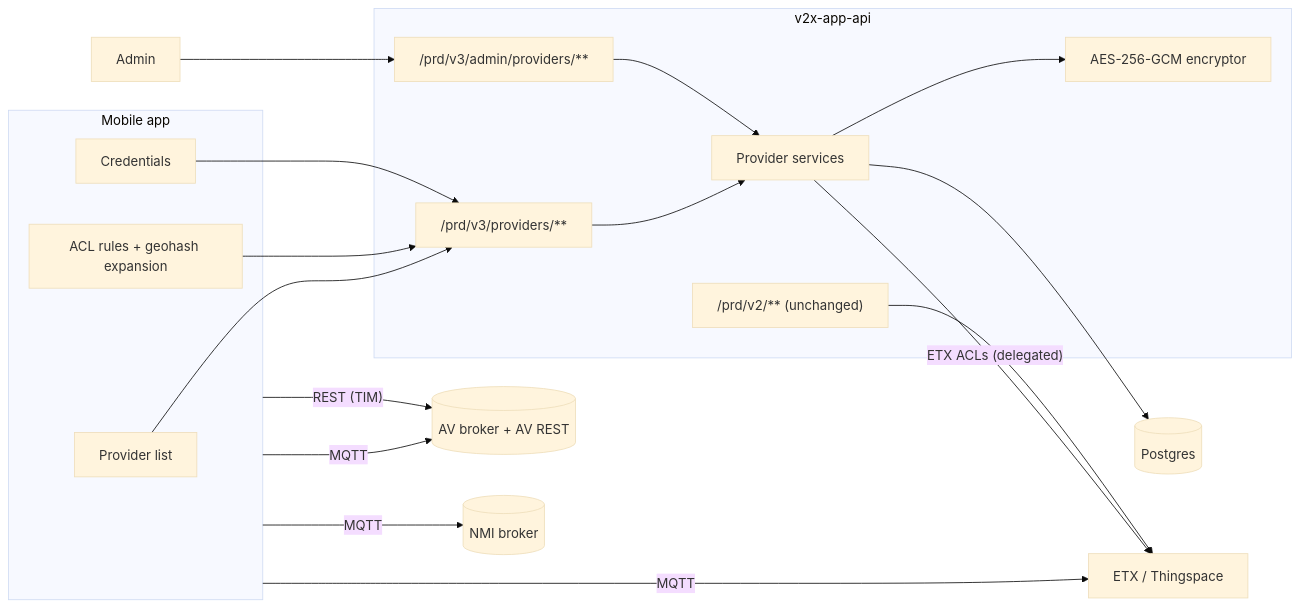
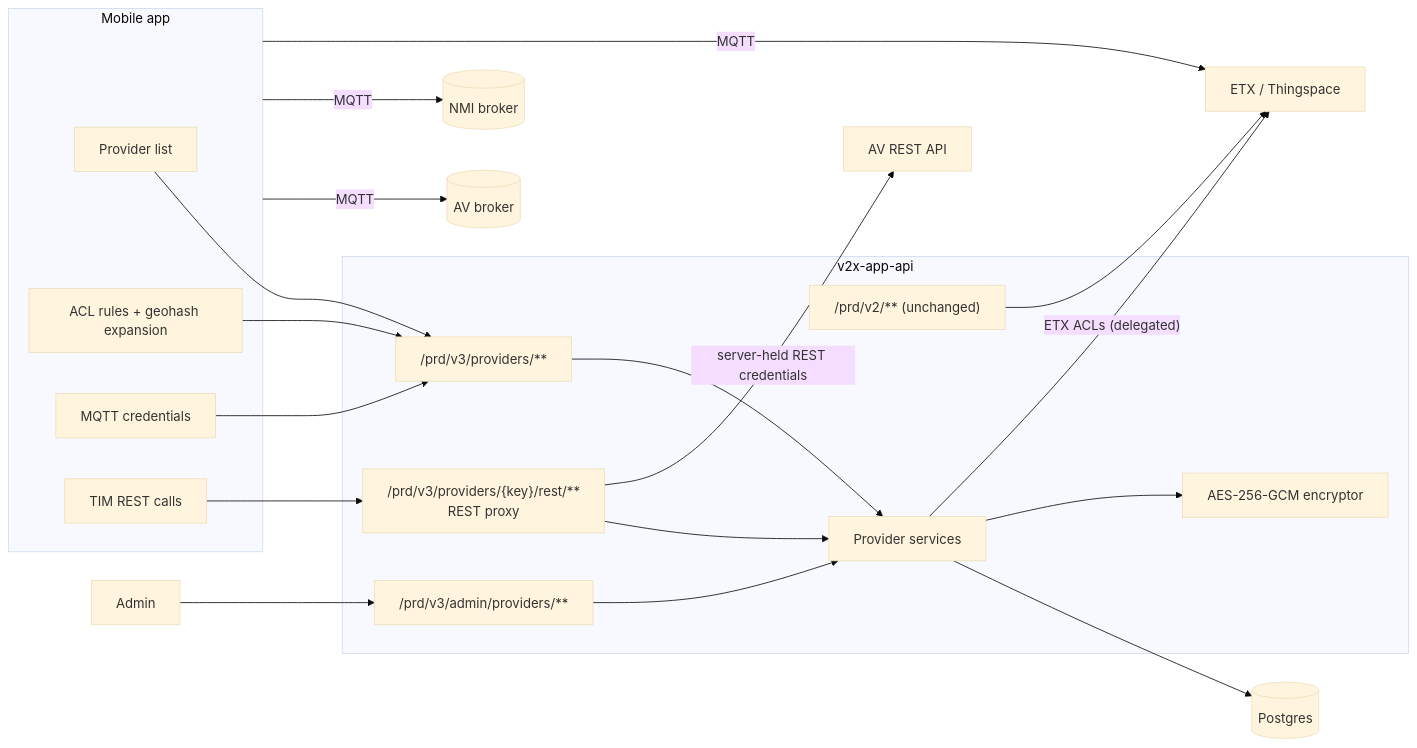
One commit to usdot-fhwa-stol/v2x-app-api changed the first of 3 diagrams in docs/design/mqtt-providers.md. Above: the diagram before and after it, drawn with Mermaid (base theme). The commit also changed other lines of this file, not shown here.

First line of the commit message:
Update MQTT provider design with review decisions

````diff
--- a/docs/design/mqtt-providers.md
+++ b/docs/design/mqtt-providers.md
@@ -56,31 +60,35 @@
 ```mermaid
 flowchart LR
     subgraph App[Mobile app]
         A1[Provider list]
         A2[ACL rules + geohash expansion]
-        A3[Credentials]
+        A3[MQTT credentials]
+        A4[TIM REST calls]
     end
 
     subgraph API[v2x-app-api]
         V2["/prd/v2/** (unchanged)"]
         V3M["/prd/v3/providers/**"]
+        PX["/prd/v3/providers/{key}/rest/**<br/>REST proxy"]
         V3A["/prd/v3/admin/providers/**"]
         SVC[Provider services]
         ENC[AES-256-GCM encryptor]
     end
 
     DB[(Postgres)]
     ETX[ETX / Thingspace]
-    AV[(AV broker + AV REST)]
+    AVB[(AV broker)]
+    AVR[AV REST API]
     NMI[(NMI broker)]
 
     A1 & A2 & A3 --> V3M
+    A4 --> PX
     Admin[Admin] --> V3A
-    V3M & V3A --> SVC
+    V3M & V3A & PX --> SVC
     SVC --> DB
     SVC --> ENC
     SVC -- "ETX ACLs (delegated)" --> ETX
+    PX -- "server-held REST credentials" --> AVR
     V2 --> ETX
-    App -- MQTT --> AV & NMI & ETX
-    App -- "REST (TIM)" --> AV
+    App -- MQTT --> AVB & NMI & ETX
 ```
````
